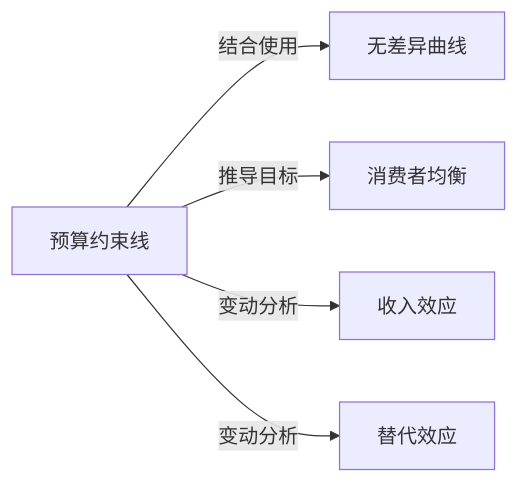
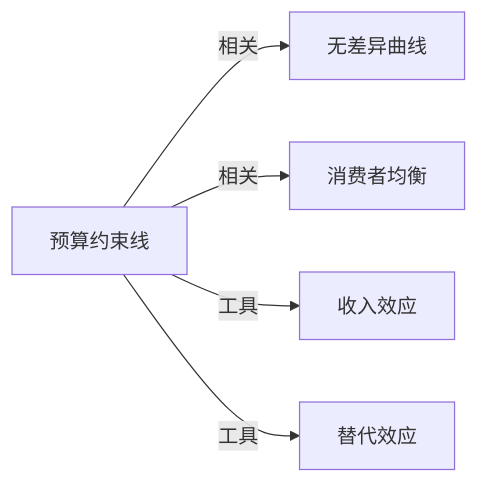
One commit to KIMMCHOW/MyKnowledge changed the diagram in Knowledge/Concepts/经济/预算约束线.md. Above: the diagram before and after it, drawn with Mermaid. The commit also changed 95 other files, not shown here.

Commit message:
reorganize: 统一关系图边标签为11类

````diff
--- a/Knowledge/Concepts/经济/预算约束线.md
+++ b/Knowledge/Concepts/经济/预算约束线.md
@@ -42,7 +42,7 @@
 ```mermaid
 graph LR
-预算约束线 -->|结合使用| 无差异曲线
-预算约束线 -->|推导目标| 消费者均衡
-预算约束线 -->|变动分析| 收入效应
-预算约束线 -->|变动分析| 替代效应
+预算约束线 -->|相关| 无差异曲线
+预算约束线 -->|相关| 消费者均衡
+预算约束线 -->|工具| 收入效应
+预算约束线 -->|工具| 替代效应
 ```
````
